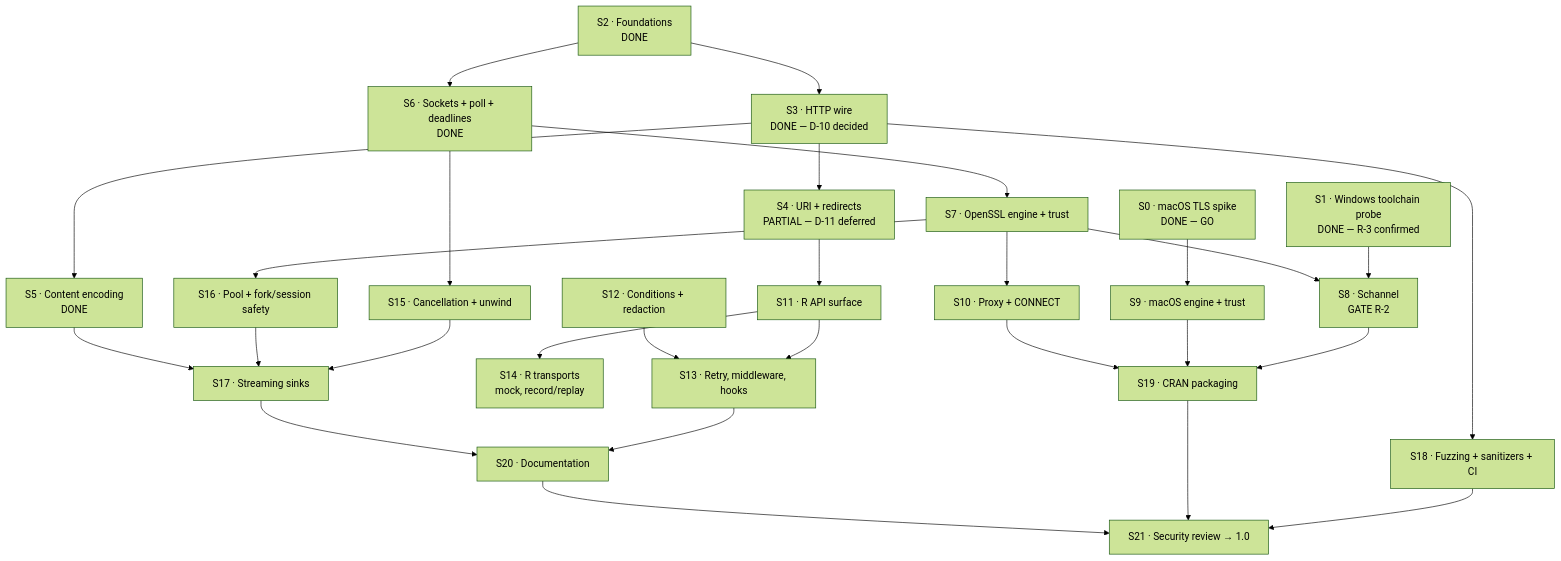
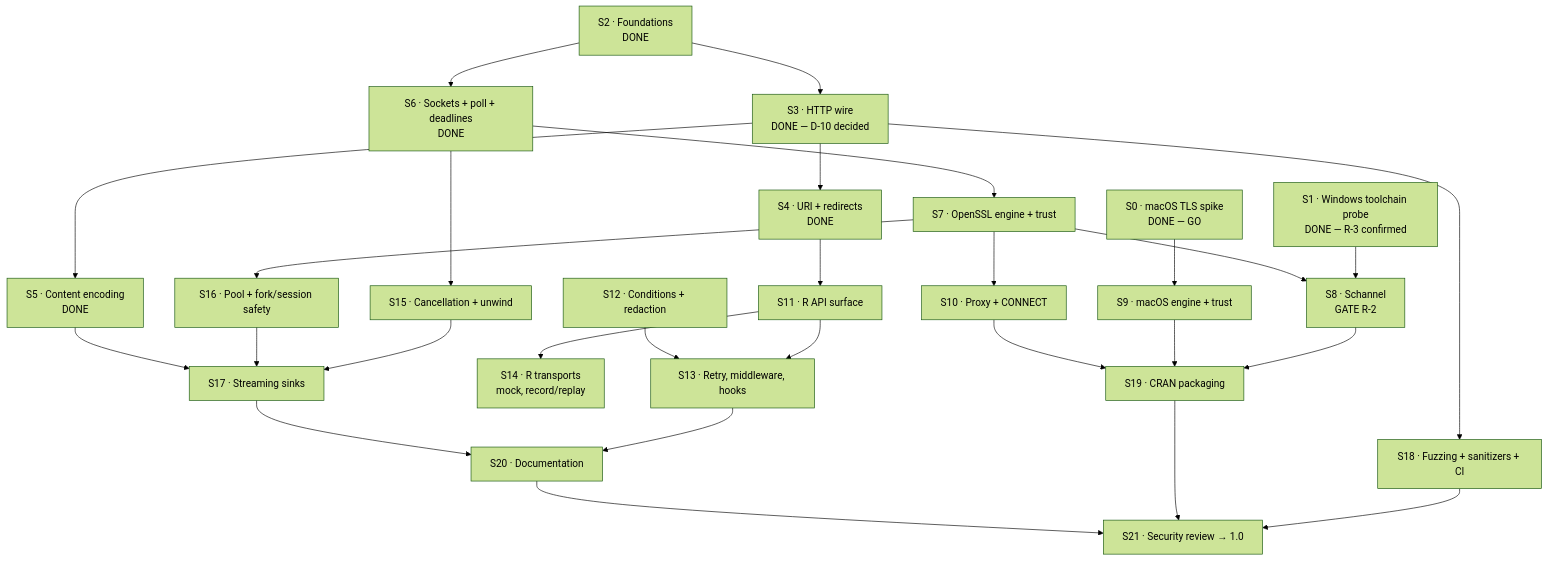
One commit to pedrobtz/zuhttp changed the diagram in roadmap.md. Above: the diagram before and after it, drawn with Mermaid (forest theme). The commit also changed other lines of this file and 42 other files, not shown here.

````diff
--- a/roadmap.md
+++ b/roadmap.md
@@ -28,58 +28,58 @@
 ```mermaid
 graph TD
     S0["S0 · macOS TLS spike<br/>DONE — GO"]
     S1["S1 · Windows toolchain probe<br/>DONE — R-3 confirmed"]
 
     S2["S2 · Foundations<br/>DONE"]
     S3["S3 · HTTP wire<br/>DONE — D-10 decided"]
-    S4["S4 · URI + redirects<br/>PARTIAL — D-11 deferred"]
+    S4["S4 · URI + redirects<br/>DONE"]
     S5["S5 · Content encoding<br/>DONE"]
 
     S6["S6 · Sockets + poll + deadlines<br/>DONE"]
     S7["S7 · OpenSSL engine + trust"]
     S8["S8 · Schannel<br/>GATE R-2"]
     S9["S9 · macOS engine + trust"]
     S10["S10 · Proxy + CONNECT"]
 
     S11["S11 · R API surface"]
     S12["S12 · Conditions + redaction"]
     S13["S13 · Retry, middleware, hooks"]
     S14["S14 · R transports<br/>mock, record/replay"]
 
     S15["S15 · Cancellation + unwind"]
     S16["S16 · Pool + fork/session safety"]
     S17["S17 · Streaming sinks"]
 
     S18["S18 · Fuzzing + sanitizers + CI"]
     S19["S19 · CRAN packaging"]
     S20["S20 · Documentation"]
     S21["S21 · Security review → 1.0"]
 
     S0 --> S9
     S1 --> S8
     S2 --> S3
     S2 --> S6
     S3 --> S4
     S3 --> S5
     S3 --> S18
     S6 --> S7
     S6 --> S15
     S7 --> S8
     S7 --> S10
     S7 --> S16
     S8 --> S19
     S9 --> S19
     S4 --> S11
     S11 --> S13
     S12 --> S13
     S11 --> S14
     S15 --> S17
     S16 --> S17
     S13 --> S20
     S17 --> S20
     S18 --> S21
     S19 --> S21
     S20 --> S21
     S10 --> S19
     S5 --> S17
 ```
````
